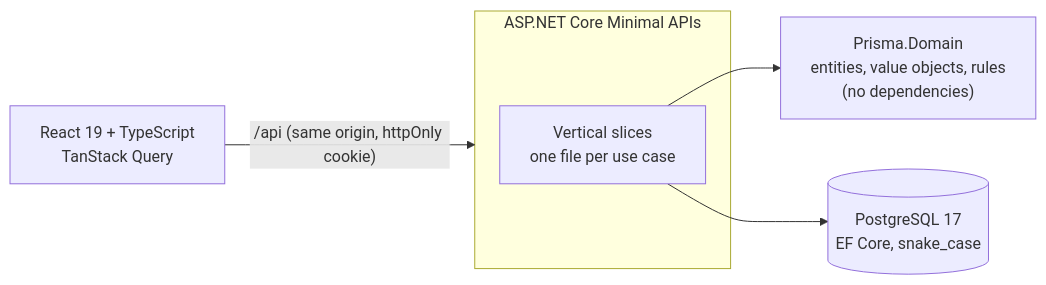
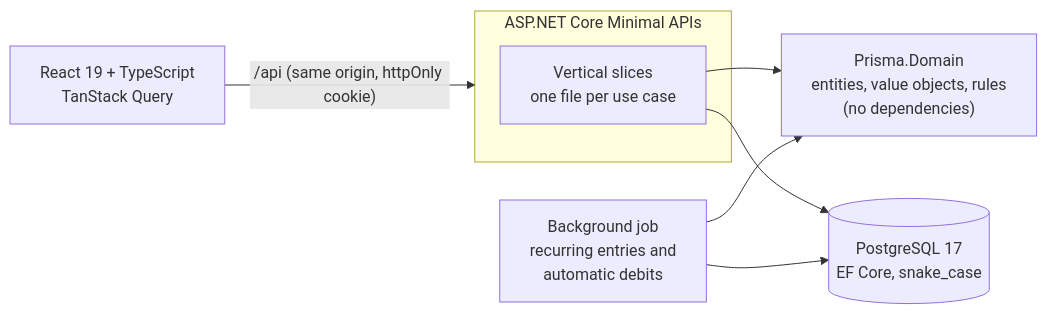
Before and after one commit to vagnerwentz/prisma: the third of 3 diagrams in README.md, drawn with Mermaid. The commit also changed other lines of this file and 49 other files, not shown here.

````diff
--- a/README.md
+++ b/README.md
@@ -72,9 +104,11 @@
 ```mermaid
 flowchart LR
     Web["React 19 + TypeScript<br/>TanStack Query"] -->|"/api (same origin, httpOnly cookie)"| Api
     subgraph Api["ASP.NET Core Minimal APIs"]
         Slices["Vertical slices<br/>one file per use case"]
     end
     Slices --> Domain["Prisma.Domain<br/>entities, value objects, rules<br/>(no dependencies)"]
     Slices --> Db[("PostgreSQL 17<br/>EF Core, snake_case")]
+    Job["Background job<br/>recurring entries and<br/>automatic debits"] --> Domain
+    Job --> Db
 ```
````
